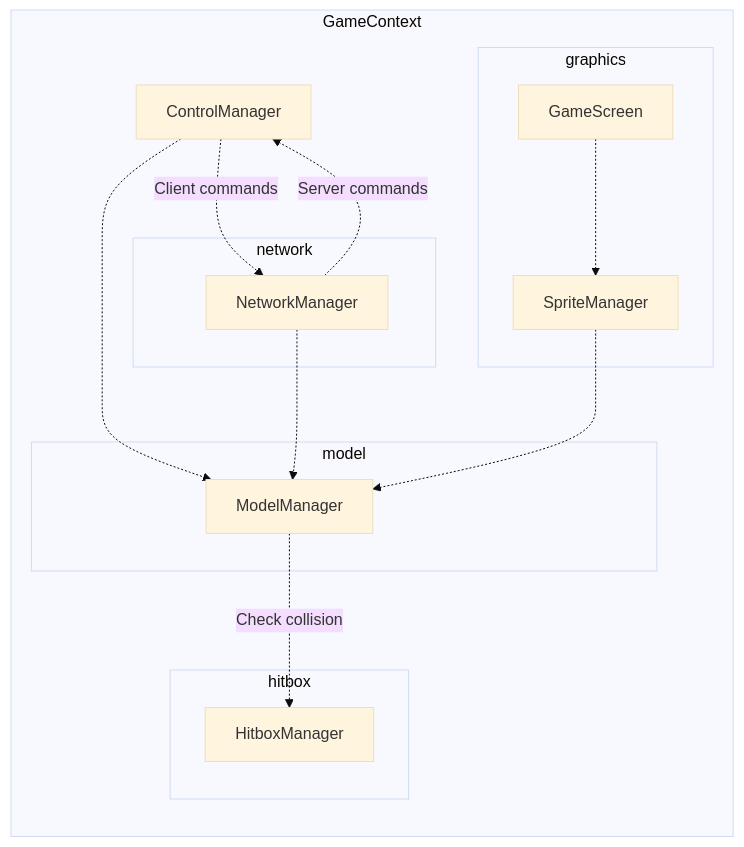
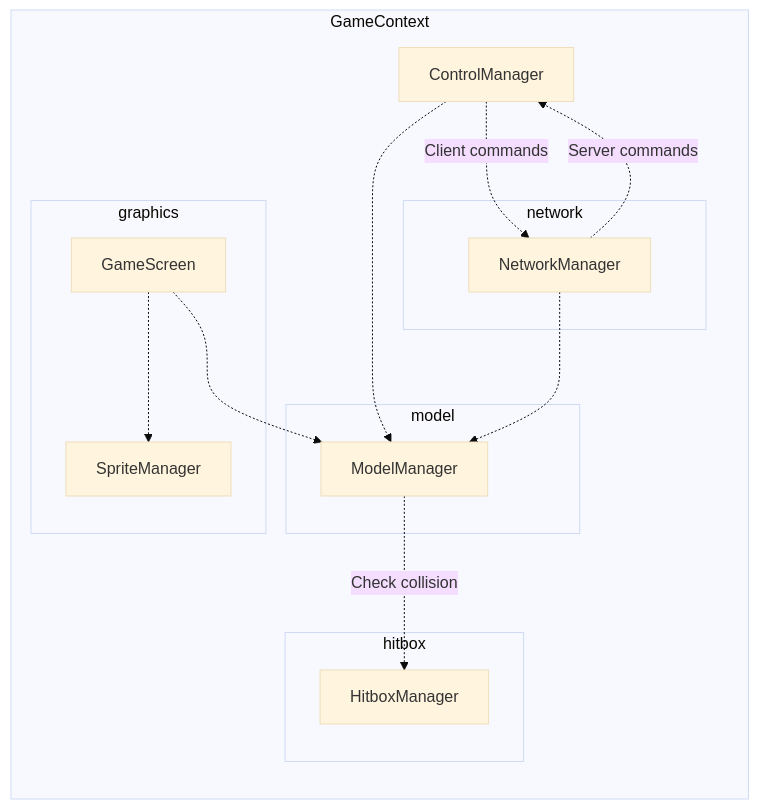
One commit to nathan-nguyen/console-color changed the diagram in README.md. Above: the diagram before and after it, drawn with Mermaid (base theme). The commit also changed 21 other files, not shown here.

Commit message:
Refactored SpriteManager

````diff
--- a/README.md
+++ b/README.md
@@ -18,29 +18,29 @@
 ```mermaid
 graph LR
   subgraph GameContext
     subgraph model
       ModelManager
     end
 
     subgraph network
       NetworkManager
     end
 
     subgraph hitbox
       HitboxManager
     end
 
     subgraph graphics
       GameScreen -.-> SpriteManager;
     end
 
     ControlManager -.-> |Client commands| NetworkManager;
     NetworkManager -.-> |Server commands| ControlManager;
     ControlManager -.-> ModelManager;
     NetworkManager -.-> ModelManager;
 
     ModelManager -.-> |Check collision| HitboxManager
 
-    SpriteManager -.-> ModelManager;
+    GameScreen -.-> ModelManager;
   end
 ```
````
